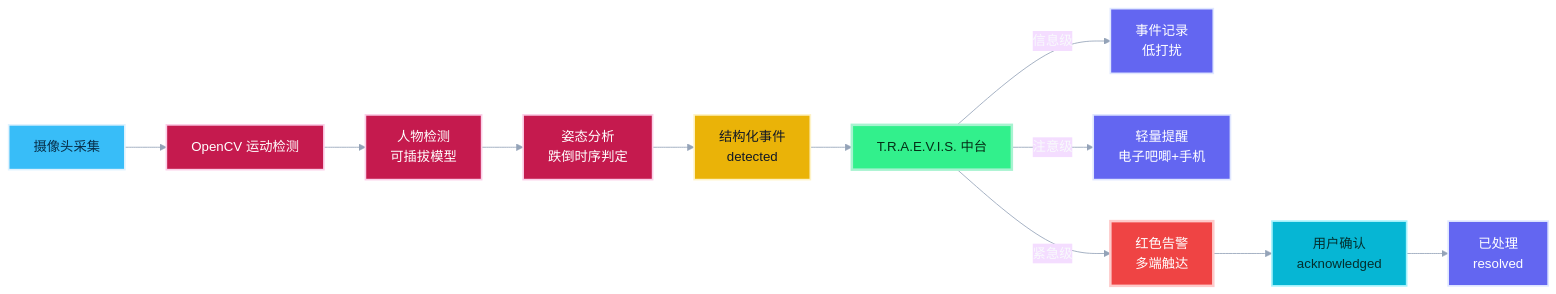
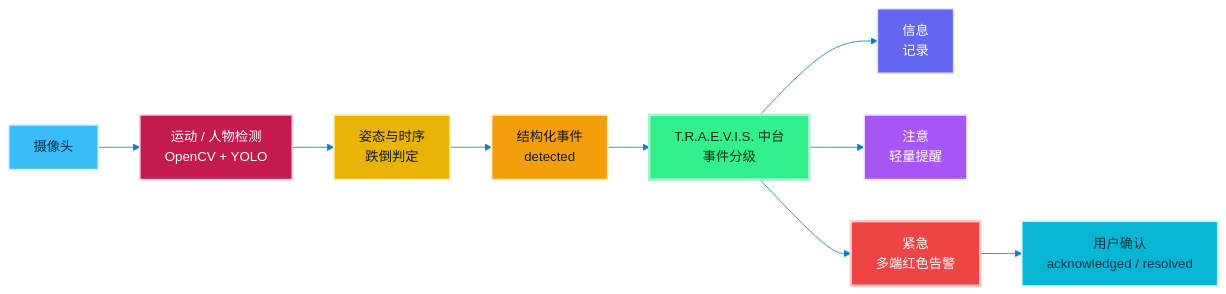
The fourth of 5 diagrams in README.md (ibh4/T.R.A.E.V.I.S), drawn with Mermaid before and after one commit. The commit also changed other lines of this file, not shown here.

````diff
--- a/README.md
+++ b/README.md
@@ -352,23 +308,29 @@
 ```mermaid
-%%{init: {"theme": "base", "themeVariables": {"fontFamily": "Inter, Microsoft YaHei, sans-serif", "background": "#0F172A", "primaryTextColor": "#F8FAFC", "lineColor": "#94A3B8"}}}%%
+%%{init: {"theme": "base", "themeVariables": {"fontFamily": "Inter, Microsoft YaHei, sans-serif", "background": "#FFFFFF", "primaryColor": "#2563EB", "primaryTextColor": "#0F172A", "primaryBorderColor": "#67E8F9", "secondaryColor": "#7C3AED", "tertiaryColor": "#E0F2FE", "lineColor": "#0284C7", "clusterBkg": "#F8FBFF", "clusterBorder": "#38BDF8", "edgeLabelBackground": "#FFFFFF"}}}%%
 flowchart LR
-    CAM[摄像头采集]:::input --> MOTION[OpenCV 运动检测]:::proc
-    MOTION --> PERSON[人物检测<br/>可插拔模型]:::proc
-    PERSON --> POSE[姿态分析<br/>跌倒时序判定]:::proc
-    POSE --> EVENT[结构化事件<br/>detected]:::event
-    EVENT --> HUB[T.R.A.E.V.I.S. 中台]:::hub
-    HUB -->|信息级| RECORD[事件记录<br/>低打扰]:::out
-    HUB -->|注意级| NOTIFY[轻量提醒<br/>电子吧唧+手机]:::out
-    HUB -->|紧急级| ALERT[红色告警<br/>多端触达]:::alert
-    ALERT --> CONFIRM[用户确认<br/>acknowledged]:::user
-    CONFIRM --> RESOLVE[已处理<br/>resolved]:::out
+    CAM["摄像头"]:::input
+    DETECT["运动 / 人物检测<br/>OpenCV + YOLO"]:::detect
+    POSE["姿态与时序<br/>跌倒判定"]:::pose
+    EVENT["结构化事件<br/>detected"]:::event
+    HUB["T.R.A.E.V.I.S. 中台<br/>事件分级"]:::hub
+    INFO["信息<br/>记录"]:::info
+    NOTICE["注意<br/>轻量提醒"]:::notice
+    ALERT["紧急<br/>多端红色告警"]:::alert
+    USER["用户确认<br/>acknowledged / resolved"]:::user
+
+    CAM --> DETECT --> POSE --> EVENT --> HUB
+    HUB --> INFO
+    HUB --> NOTICE
+    HUB --> ALERT
+    ALERT --> USER
 
     classDef input fill:#38BDF8,stroke:#E0F2FE,color:#082F49,stroke-width:2px;
-    classDef proc fill:#C51A4E,stroke:#FBCFE8,color:#FFFFFF,stroke-width:2px;
-    classDef event fill:#EAB308,stroke:#FEF3C7,color:#111827,stroke-width:2px;
-    classDef hub fill:#32f08c,stroke:#A7F3D0,color:#052E16,stroke-width:3px;
-    classDef out fill:#6366F1,stroke:#E0E7FF,color:#FFFFFF,stroke-width:2px;
+    classDef detect fill:#C51A4E,stroke:#FBCFE8,color:#FFFFFF,stroke-width:2px;
+    classDef pose fill:#EAB308,stroke:#FEF3C7,color:#111827,stroke-width:2px;
+    classDef event fill:#F59E0B,stroke:#FEF3C7,color:#111827,stroke-width:2px;
+    classDef hub fill:#32F08C,stroke:#A7F3D0,color:#052E16,stroke-width:3px;
+    classDef info fill:#6366F1,stroke:#E0E7FF,color:#FFFFFF,stroke-width:2px;
+    classDef notice fill:#A855F7,stroke:#F3E8FF,color:#FFFFFF,stroke-width:2px;
     classDef alert fill:#EF4444,stroke:#FECACA,color:#FFFFFF,stroke-width:3px;
-    classDef user fill:#06B6D4,stroke:#A5F3FC,color:#042F2E,stroke-width:2px;
-    classDef resolve fill:#22C55E,stroke:#DCFCE7,color:#052E16,stroke-width:2px;
+    classDef user fill:#06B6D4,stroke:#CFFAFE,color:#083344,stroke-width:2px;
 ```
````
